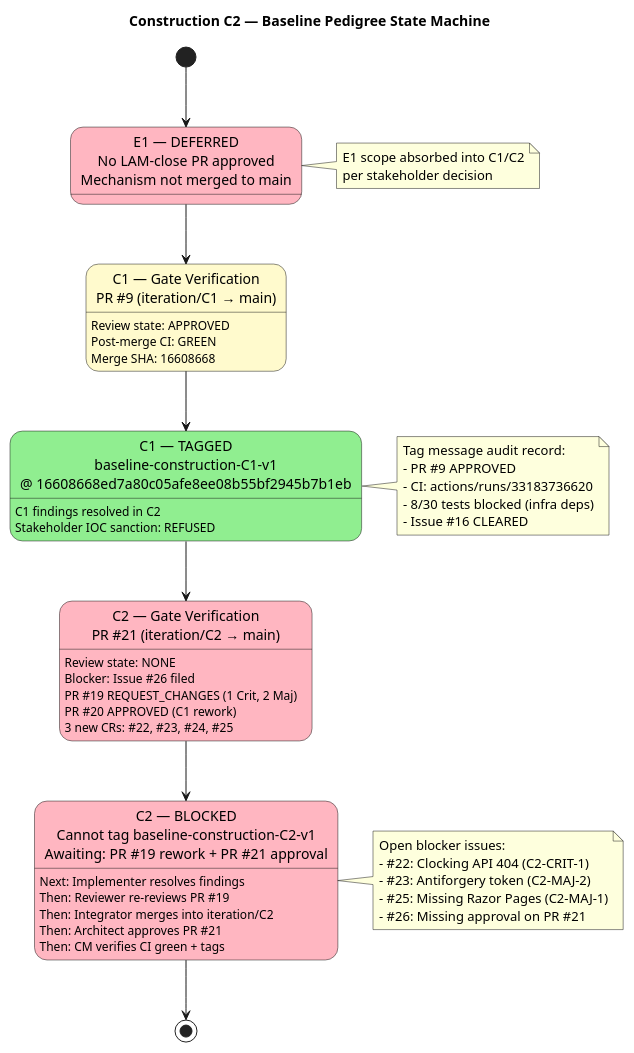
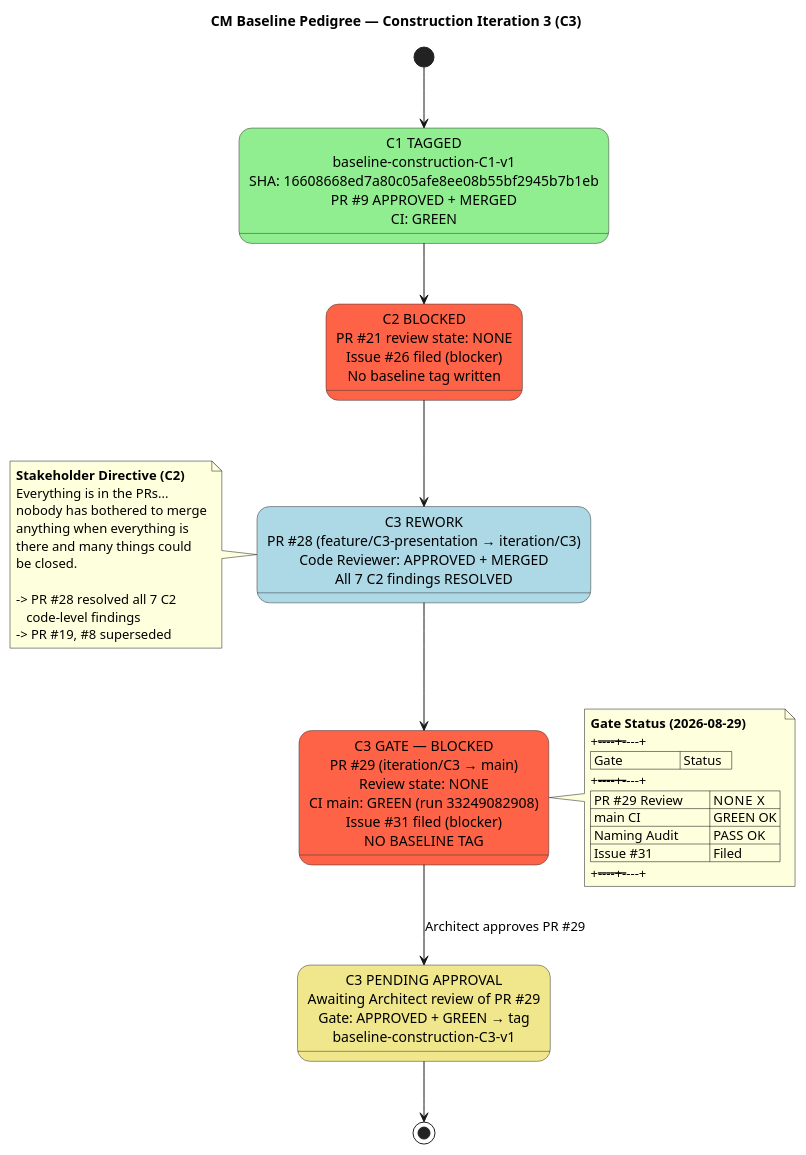
The second of 2 diagrams in docs/BRANCHING_STRATEGY.md (banense-test/portal-cuba-corp), drawn with PlantUML before and after one commit. The commit also changed other lines of this file, not shown here.

Commit message:
docs: update BRANCHING_STRATEGY.md for C3 — gate blocked (PR #29 NONE), Issue #31 filed, pedigree diagram added

````diff
--- a/docs/BRANCHING_STRATEGY.md
+++ b/docs/BRANCHING_STRATEGY.md
@@ -118,65 +140,59 @@
 ```plantuml
-@startuml
-title Construction C2 — Baseline Pedigree State Machine
+@startuml CM_Baseline_Pedigree_C3
+title CM Baseline Pedigree — Construction Iteration 3 (C3)
+
 skinparam state {
-  BackgroundColor<<tagged>> #90EE90
-  BackgroundColor<<blocked>> #FFB6C1
-  BackgroundColor<<pending>> #FFFACD
+  BackgroundColor #F5F5F5
+  BorderColor #333333
+  FontName Arial
 }
 
-[*] --> E1_DEFERRED
+[*] --> C1_TAGGED
 
-state "E1 — DEFERRED\nNo LAM-close PR approved\nMechanism not merged to main" as E1_DEFERRED <<blocked>>
-E1_DEFERRED --> C1_GATE
+state "C1 TAGGED\nbaseline-construction-C1-v1\nSHA: 16608668ed7a80c05afe8ee08b55bf2945b7b1eb\nPR #9 APPROVED + MERGED\nCI: GREEN" as C1_TAGGED #LightGreen
 
-state "C1 — Gate Verification\nPR #9 (iteration/C1 → main)" as C1_GATE <<pending>>
-C1_GATE : Review state: APPROVED
-C1_GATE : Post-merge CI: GREEN
-C1_GATE : Merge SHA: 16608668
-C1_GATE --> C1_TAGGED
+C1_TAGGED --> C2_BLOCKED
 
-state "C1 — TAGGED\nbaseline-construction-C1-v1\n@ 16608668ed7a80c05afe8ee08b55bf2945b7b1eb" as C1_TAGGED <<tagged>>
-C1_TAGGED : C1 findings resolved in C2
-C1_TAGGED : Stakeholder IOC sanction: REFUSED
-C1_TAGGED --> C2_GATE
+state "C2 BLOCKED\nPR #21 review state: NONE\nIssue #26 filed (blocker)\nNo baseline tag written" as C2_BLOCKED #Tomato
 
-state "C2 — Gate Verification\nPR #21 (iteration/C2 → main)" as C2_GATE <<blocked>>
-C2_GATE : Review state: NONE
-C2_GATE : Blocker: Issue #26 filed
-C2_GATE : PR #19 REQUEST_CHANGES (1 Crit, 2 Maj)
-C2_GATE : PR #20 APPROVED (C1 rework)
-C2_GATE : 3 new CRs: #22, #23, #24, #25
-C2_GATE --> C2_BLOCKED
+C2_BLOCKED --> C3_REWORK
 
-state "C2 — BLOCKED\nCannot tag baseline-construction-C2-v1\nAwaiting: PR #19 rework + PR #21 approval" as C2_BLOCKED <<blocked>>
-C2_BLOCKED : Next: Implementer resolves findings
-C2_BLOCKED : Then: Reviewer re-reviews PR #19
-C2_BLOCKED : Then: Integrator merges into iteration/C2
-C2_BLOCKED : Then: Architect approves PR #21
-C2_BLOCKED : Then: CM verifies CI green + tags
+state "C3 REWORK\nPR #28 (feature/C3-presentation → iteration/C3)\nCode Reviewer: APPROVED + MERGED\nAll 7 C2 findings RESOLVED" as C3_REWORK #LightBlue
 
-C2_BLOCKED --> [*]
+C3_REWORK --> C3_GATE
 
-note right of E1_DEFERRED
-  E1 scope absorbed into C1/C2
-  per stakeholder decision
+state "C3 GATE — BLOCKED\nPR #29 (iteration/C3 → main)\nReview state: NONE\nCI main: GREEN (run 33249082908)\nIssue #31 filed (blocker)\nNO BASELINE TAG" as C3_GATE #Tomato
+
+C3_GATE --> C3_PENDING : Architect approves PR #29
+
+state "C3 PENDING APPROVAL\nAwaiting Architect review of PR #29\nGate: APPROVED + GREEN → tag\nbaseline-construction-C3-v1" as C3_PENDING #Khaki
+
+C3_PENDING --> [*]
+
+note right of C3_GATE
+  **Gate Status (2026-08-29)**
+  +----------------------+----------+
+  | Gate                 | Status   |
+  +----------------------+----------+
+  | PR #29 Review        | NONE  X  |
+  | main CI              | GREEN OK |
+  | Naming Audit         | PASS OK  |
+  | Issue #31            | Filed    |
+  +----------------------+----------+
 end note
 
-note right of C1_TAGGED
-  Tag message audit record:
-  - PR #9 APPROVED
-  - CI: actions/runs/33183736620
-  - 8/30 tests blocked (infra deps)
-  - Issue #16 CLEARED
-end note
+note left of C3_REWORK
+  **Stakeholder Directive (C2)**
+  Everything is in the PRs...
+  nobody has bothered to merge
+  anything when everything is
+  there and many things could
+  be closed.
 
-note right of C2_BLOCKED
-  Open blocker issues:
-  - #22: Clocking API 404 (C2-CRIT-1)
-  - #23: Antiforgery token (C2-MAJ-2)
-  - #25: Missing Razor Pages (C2-MAJ-1)
-  - #26: Missing approval on PR #21
+  -> PR #28 resolved all 7 C2
+     code-level findings
+  -> PR #19, #8 superseded
 end note
 
 @enduml
 ```
````
